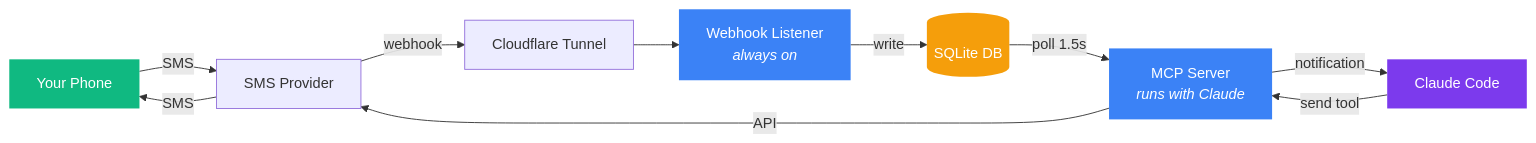
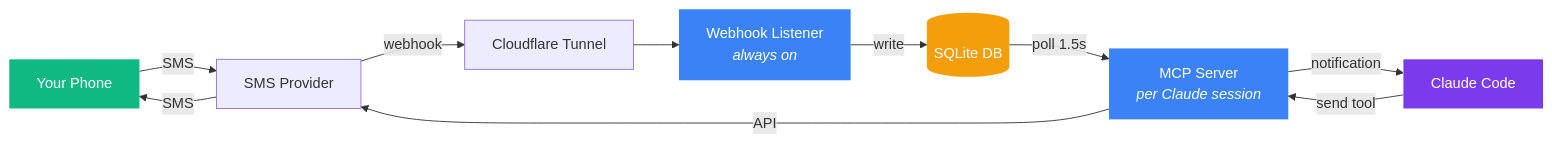
Before and after one commit to mattstein111/claude-code-sms: the first of 3 diagrams in README.md, drawn with Mermaid. The commit also changed other lines of this file, not shown here.

````diff
--- a/README.md
+++ b/README.md
@@ -17,26 +17,26 @@
 ```mermaid
 flowchart LR
     Phone["Your Phone"]
     Provider["SMS Provider"]
     Tunnel["Cloudflare Tunnel"]
     Listener["Webhook Listener<br/><i>always on</i>"]
     DB[("SQLite DB")]
-    MCP["MCP Server<br/><i>runs with Claude</i>"]
+    MCP["MCP Server<br/><i>per Claude session</i>"]
     Claude["Claude Code"]
 
     Phone -- "SMS" --> Provider
     Provider -- "webhook" --> Tunnel
     Tunnel --> Listener
     Listener -- "write" --> DB
     DB -- "poll 1.5s" --> MCP
     MCP -- "notification" --> Claude
     Claude -- "send tool" --> MCP
     MCP -- "API" --> Provider
     Provider -- "SMS" --> Phone
 
     style Phone fill:#10B981,color:#fff,stroke:none
     style Claude fill:#7C3AED,color:#fff,stroke:none
     style DB fill:#F59E0B,color:#fff,stroke:none
     style Listener fill:#3B82F6,color:#fff,stroke:none
     style MCP fill:#3B82F6,color:#fff,stroke:none
 ```
````
